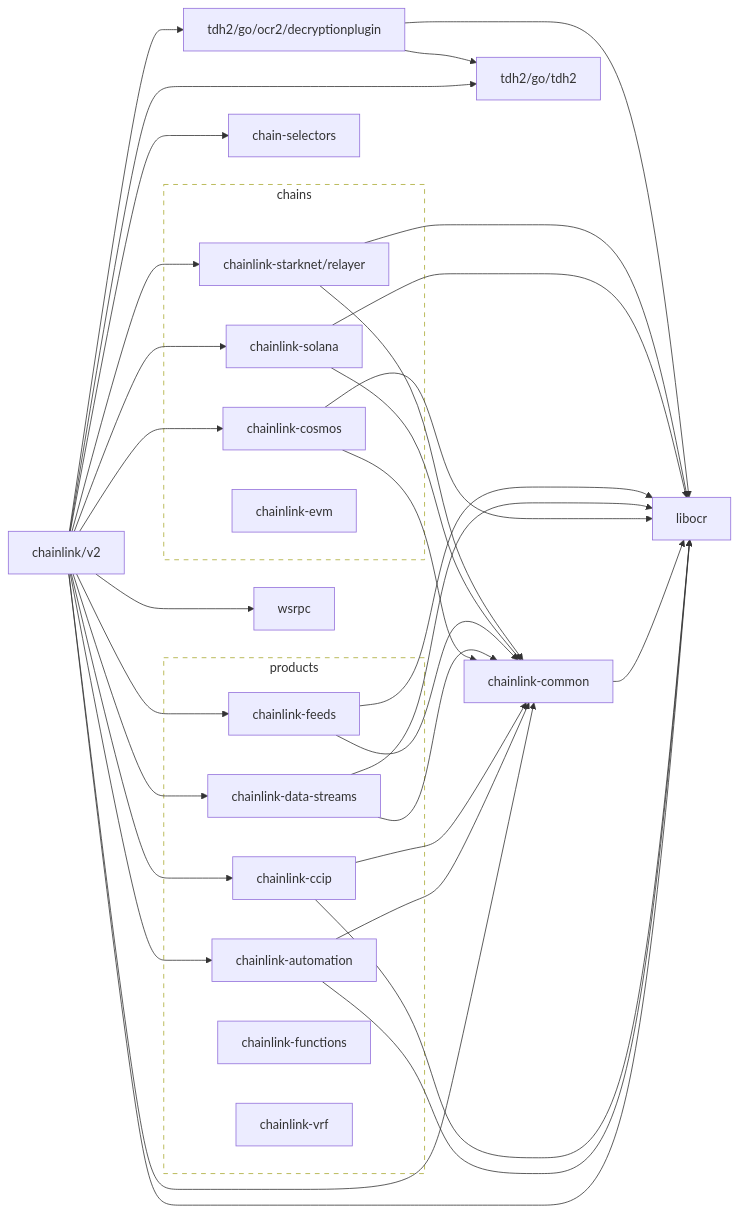
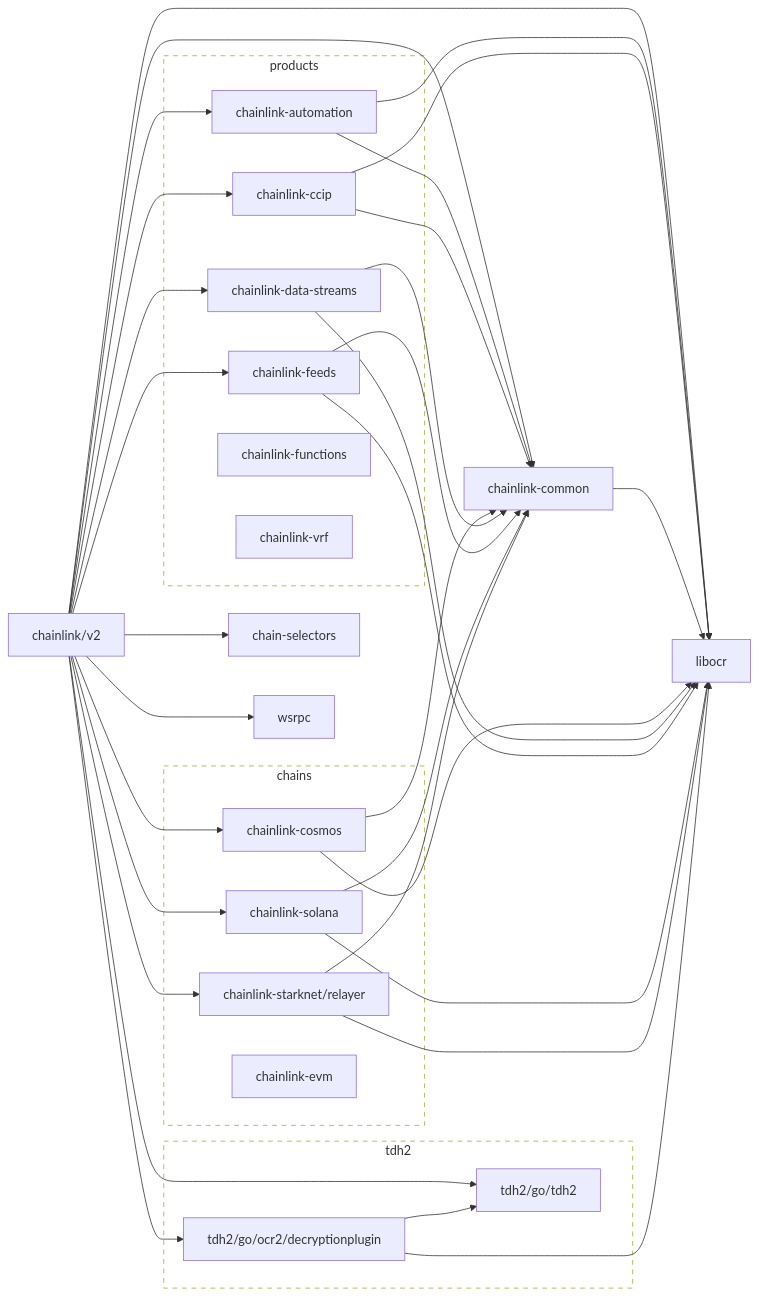
One commit to smartcontractkit/chainlink changed the diagram in go.md. Above: the diagram before and after it, drawn with Mermaid. The commit also changed 1 other file, not shown here.

Commit message:
group tdh2

````diff
--- a/go.md
+++ b/go.md
@@ -2,65 +2,70 @@
 ```mermaid
 flowchart LR
   subgraph chains
     chainlink-cosmos
     chainlink-solana
     chainlink-starknet/relayer
     chainlink-evm
   end
 
   subgraph products
     chainlink-automation
     chainlink-ccip
     chainlink-data-streams
     chainlink-feeds
     chainlink-functions
     chainlink-vrf
   end
 
+  subgraph tdh2
+    tdh2/go/tdh2
+    tdh2/go/ocr2/decryptionplugin
+  end
+
   classDef outline stroke-dasharray:6,fill:none;
-  class chains,products outline
+  class chains,products,tdh2 outline
 
   chainlink/v2 --> chain-selectors
   click chain-selectors href "https://github.com/smartcontractkit/chain-selectors"
   chainlink/v2 --> chainlink-automation
   click chainlink-automation href "https://github.com/smartcontractkit/chainlink-automation"
   chainlink/v2 --> chainlink-ccip
   click chainlink-ccip href "https://github.com/smartcontractkit/chainlink-ccip"
   chainlink/v2 --> chainlink-common
   click chainlink-common href "https://github.com/smartcontractkit/chainlink-common"
   chainlink/v2 --> chainlink-cosmos
   click chainlink-cosmos href "https://github.com/smartcontractkit/chainlink-cosmos"
   chainlink/v2 --> chainlink-data-streams
   click chainlink-data-streams href "https://github.com/smartcontractkit/chainlink-data-streams"
   chainlink/v2 --> chainlink-feeds
   click chainlink-feeds href "https://github.com/smartcontractkit/chainlink-feeds"
   chainlink/v2 --> chainlink-solana
   click chainlink-solana href "https://github.com/smartcontractkit/chainlink-solana"
   chainlink/v2 --> chainlink-starknet/relayer
   click chainlink-starknet/relayer href "https://github.com/smartcontractkit/chainlink-starknet"
   chainlink/v2 --> libocr
   click libocr href "https://github.com/smartcontractkit/libocr"
   chainlink/v2 --> tdh2/go/ocr2/decryptionplugin
   click tdh2/go/ocr2/decryptionplugin href "https://github.com/smartcontractkit/tdh2"
   chainlink/v2 --> tdh2/go/tdh2
   click tdh2/go/tdh2 href "https://github.com/smartcontractkit/tdh2"
   chainlink/v2 --> wsrpc
   click wsrpc href "https://github.com/smartcontractkit/wsrpc"
   chainlink-automation --> chainlink-common
   chainlink-automation --> libocr
   chainlink-ccip --> chainlink-common
   chainlink-ccip --> libocr
   chainlink-common --> libocr
   chainlink-cosmos --> chainlink-common
   chainlink-cosmos --> libocr
   chainlink-data-streams --> chainlink-common
   chainlink-data-streams --> libocr
   chainlink-feeds --> chainlink-common
   chainlink-feeds --> libocr
   chainlink-solana --> chainlink-common
   chainlink-solana --> libocr
   chainlink-starknet/relayer --> chainlink-common
   chainlink-starknet/relayer --> libocr
   tdh2/go/ocr2/decryptionplugin --> libocr
   tdh2/go/ocr2/decryptionplugin --> tdh2/go/tdh2
 ```
````
